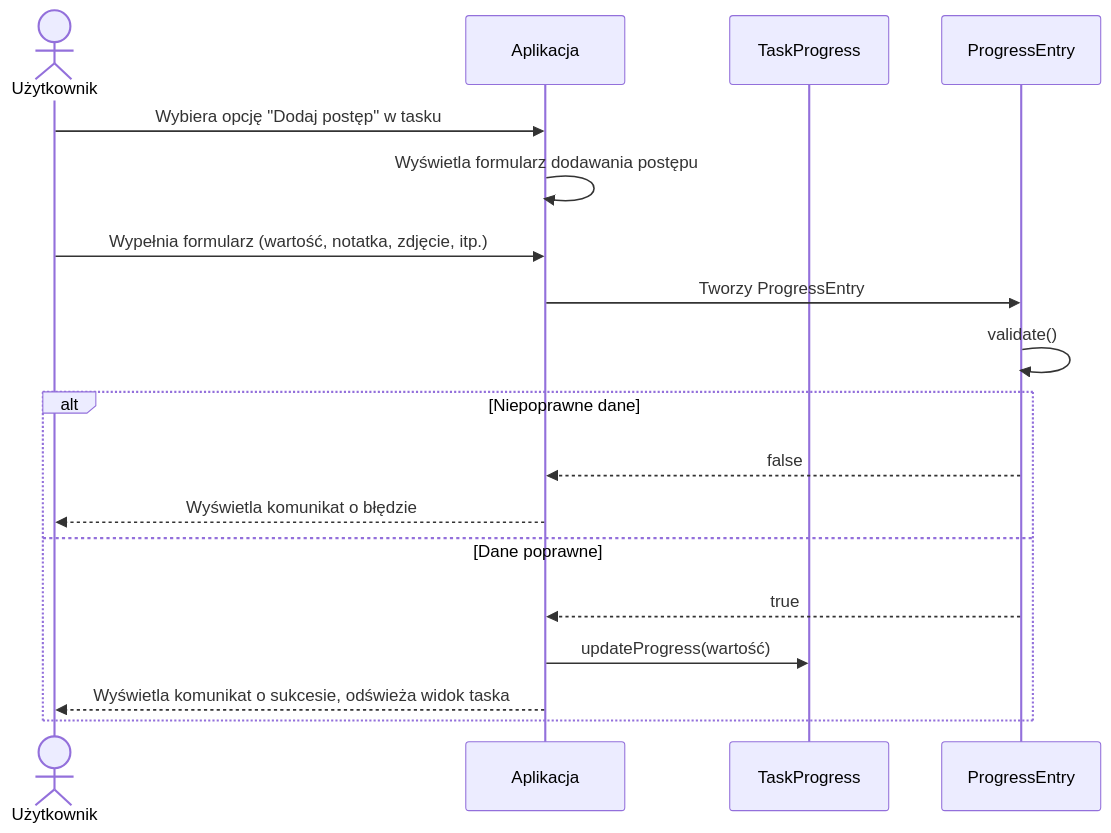
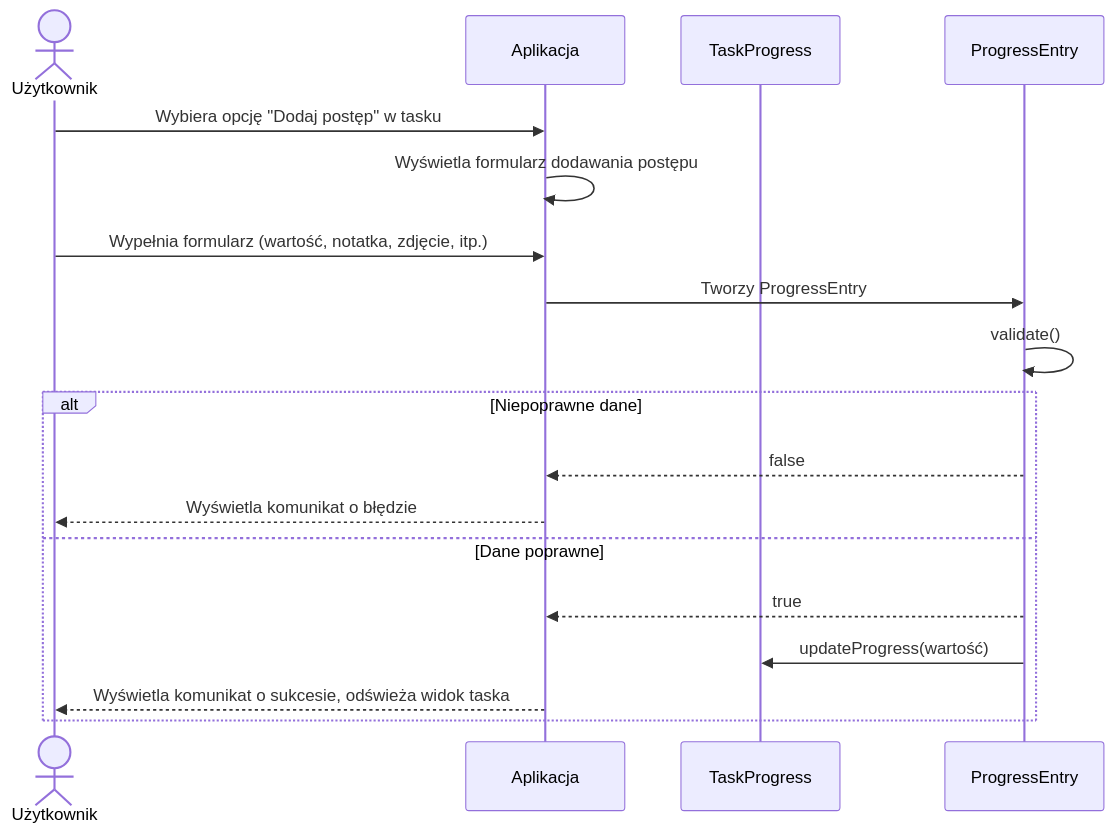
One commit to Tarnuchy/EggJob changed the diagram in docs/zadanie4/diagram-sekwencji-dodawania-progress-entry.md. Above: the diagram before and after it, drawn with Mermaid.

Commit message:
fix seq diag pe

````diff
--- a/docs/zadanie4/diagram-sekwencji-dodawania-progress-entry.md
+++ b/docs/zadanie4/diagram-sekwencji-dodawania-progress-entry.md
@@ -3,21 +3,21 @@
 ```mermaid
 sequenceDiagram
     actor U as Użytkownik
     participant UI as Aplikacja
     participant TP as TaskProgress
     participant PE as ProgressEntry
 
     U->>UI: Wybiera opcję "Dodaj postęp" w tasku
     UI->>UI: Wyświetla formularz dodawania postępu
     U->>UI: Wypełnia formularz (wartość, notatka, zdjęcie, itp.)
     UI->>PE: Tworzy ProgressEntry
     PE->>PE: validate()
     alt Niepoprawne dane
         PE-->>UI: false
         UI-->>U: Wyświetla komunikat o błędzie
     else Dane poprawne
         PE-->>UI: true
-        UI->>TP: updateProgress(wartość)
+        PE->>TP: updateProgress(wartość)
         UI-->>U: Wyświetla komunikat o sukcesie, odświeża widok taska
     end
 ```
````
